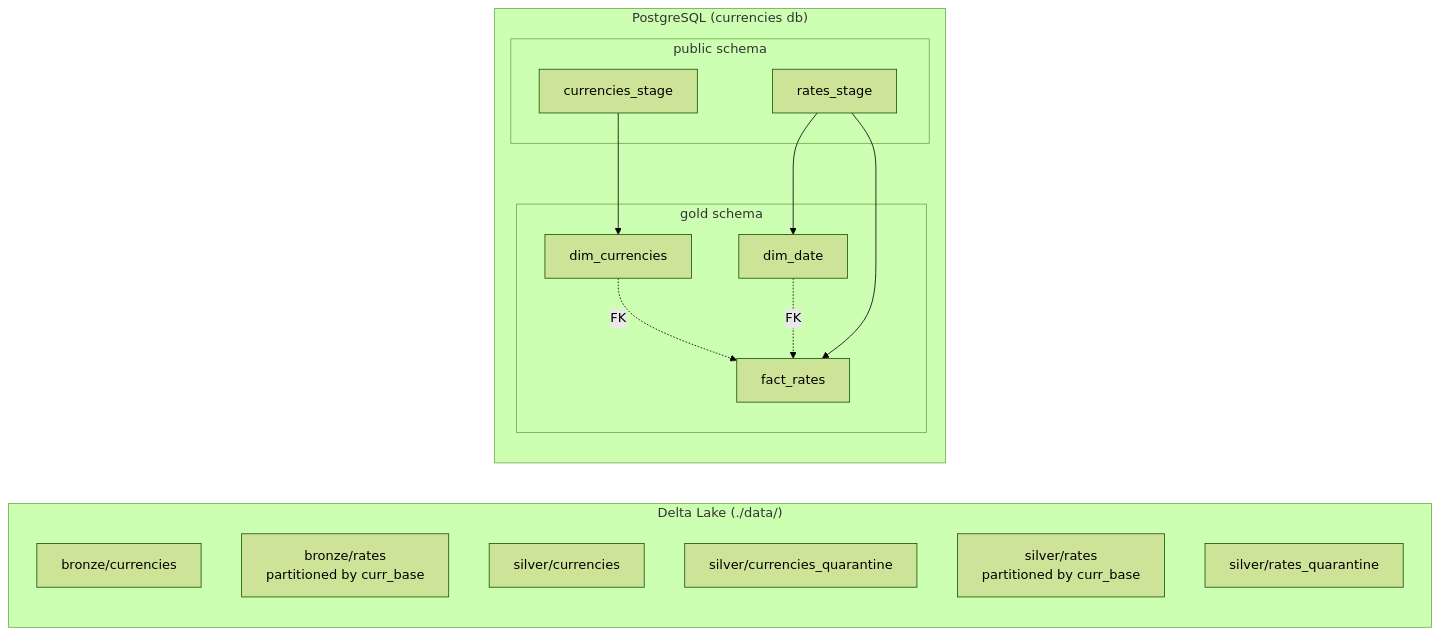
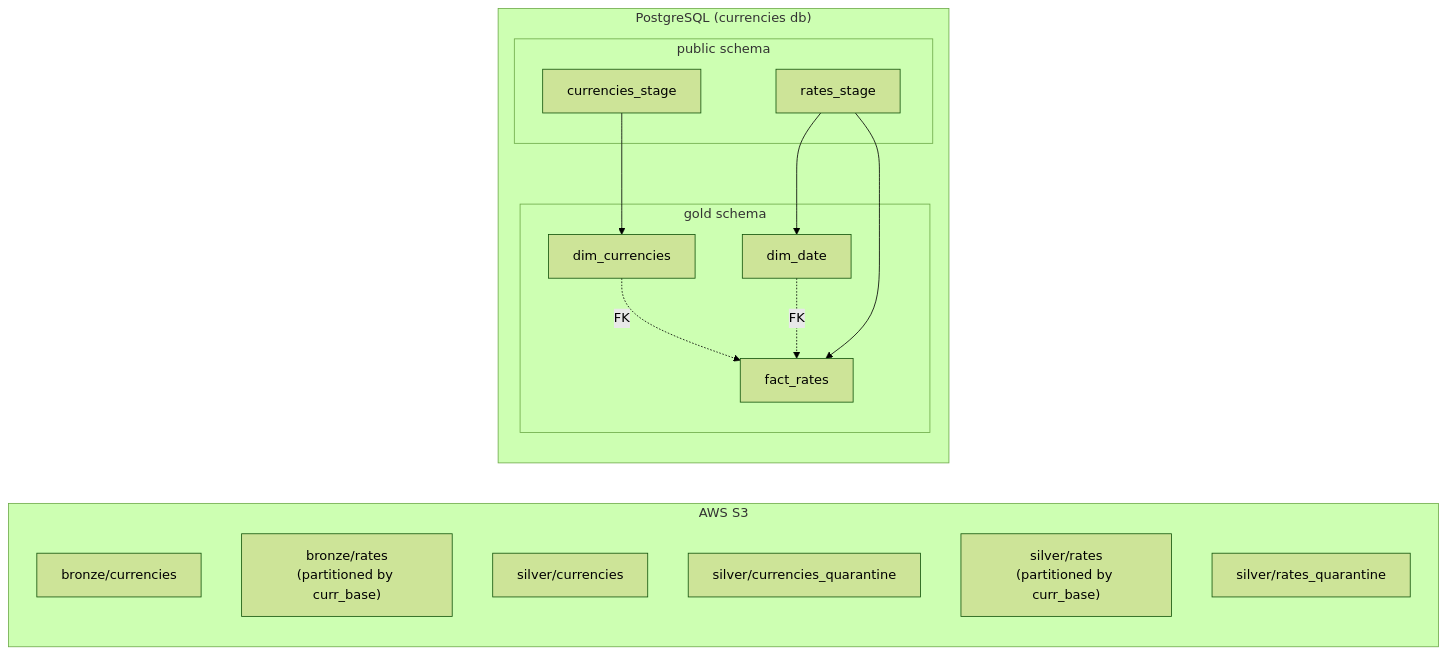
One commit to TanelS/currency-pipeline changed the second of 2 diagrams in diagrams/system-architecture.md. Above: the diagram before and after it, drawn with Mermaid (forest theme). The commit also changed other lines of this file and 19 other files, not shown here.

````diff
--- a/diagrams/system-architecture.md
+++ b/diagrams/system-architecture.md
@@ -29,31 +40,31 @@
 ```mermaid
 flowchart LR
-    subgraph delta["Delta Lake  (./data/)"]
+    subgraph s3["AWS S3"]
         direction TB
         B1[bronze/currencies]
-        B2[bronze/rates<br/>partitioned by curr_base]
+        B2["bronze/rates\n(partitioned by curr_base)"]
         S1[silver/currencies]
         S2[silver/currencies_quarantine]
-        S3[silver/rates<br/>partitioned by curr_base]
+        S3r["silver/rates\n(partitioned by curr_base)"]
         S4[silver/rates_quarantine]
     end
 
     subgraph pg["PostgreSQL  (currencies db)"]
         direction TB
-        subgraph staging[public schema]
+        subgraph staging["public schema"]
             ST1[currencies_stage]
             ST2[rates_stage]
         end
-        subgraph gold[gold schema]
+        subgraph gold["gold schema"]
             G1[dim_currencies]
             G2[dim_date]
             G3[fact_rates]
         end
     end
 
     ST1 --> G1
     ST2 --> G2
     ST2 --> G3
     G1 -.->|FK| G3
     G2 -.->|FK| G3
 ```
````
